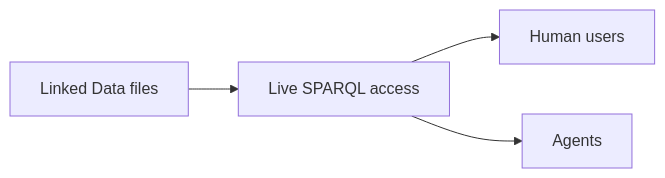
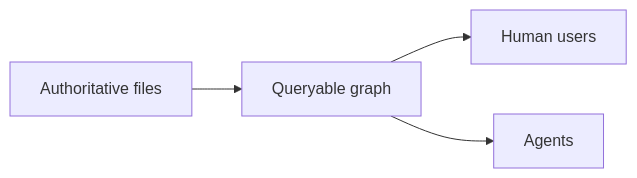
One commit to iolanta-tech/sparqld changed the diagram in docs/project/decisions/implement-live-file-backed-sparql-access-with.md. Above: the diagram before and after it, drawn with Mermaid. The commit also changed other lines of this file, not shown here.

Commit message:
Reframe product ADR as living use-case comparison with Typed Graph

````diff
--- a/docs/project/decisions/implement-live-file-backed-sparql-access-with.md
+++ b/docs/project/decisions/implement-live-file-backed-sparql-access-with.md
@@ -22,6 +24,6 @@
 ```mermaid
 flowchart LR
-    LinkedDataFiles["Linked Data files"] --> LiveSparqlAccess["Live SPARQL access"]
-    LiveSparqlAccess --> HumanUsers["Human users"]
-    LiveSparqlAccess --> Agents["Agents"]
+    AuthoritativeFiles["Authoritative files"] --> QueryableGraph["Queryable graph"]
+    QueryableGraph --> HumanUsers["Human users"]
+    QueryableGraph --> Agents["Agents"]
 ```
````
